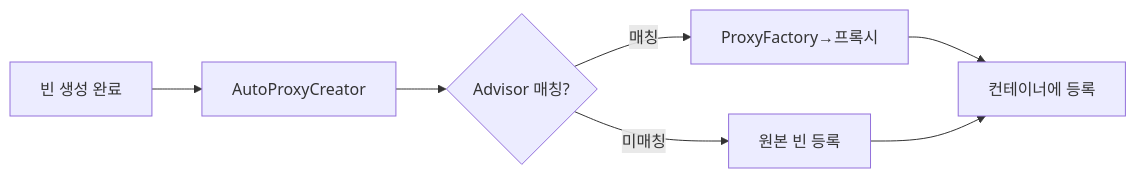
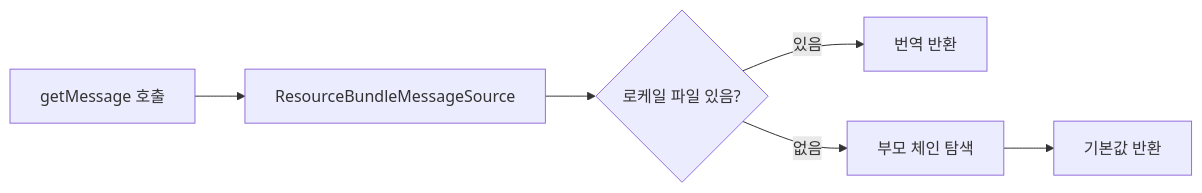
One commit to yjkim2015/yjkim2015.github.io changed the fifth of 7 diagrams in _posts/spring/2026-05-02-spring-core-advanced.md. Above: the diagram before and after it, drawn with Mermaid. The commit also changed other lines of this file and 4 other files, not shown here.

````diff
--- a/_posts/spring/2026-05-02-spring-core-advanced.md
+++ b/_posts/spring/2026-05-02-spring-core-advanced.md
@@ -485,9 +872,8 @@
 ```mermaid
 graph LR
-    A["빈 생성 완료"] --> B["AutoProxyCreator"]
-    B --> C{"Advisor 매칭?"}
-    C -->|"매칭"| D["ProxyFactory→프록시"]
-    C -->|"미매칭"| E["원본 빈 등록"]
-    D --> F["컨테이너에 등록"]
-    E --> F
+    A["getMessage 호출"] --> B["ResourceBundleMessageSource"]
+    B --> C{"로케일 파일 있음?"}
+    C -->|"있음"| D["번역 반환"]
+    C -->|"없음"| E["부모 체인 탐색"]
+    E --> F["기본값 반환"]
 ```
````
